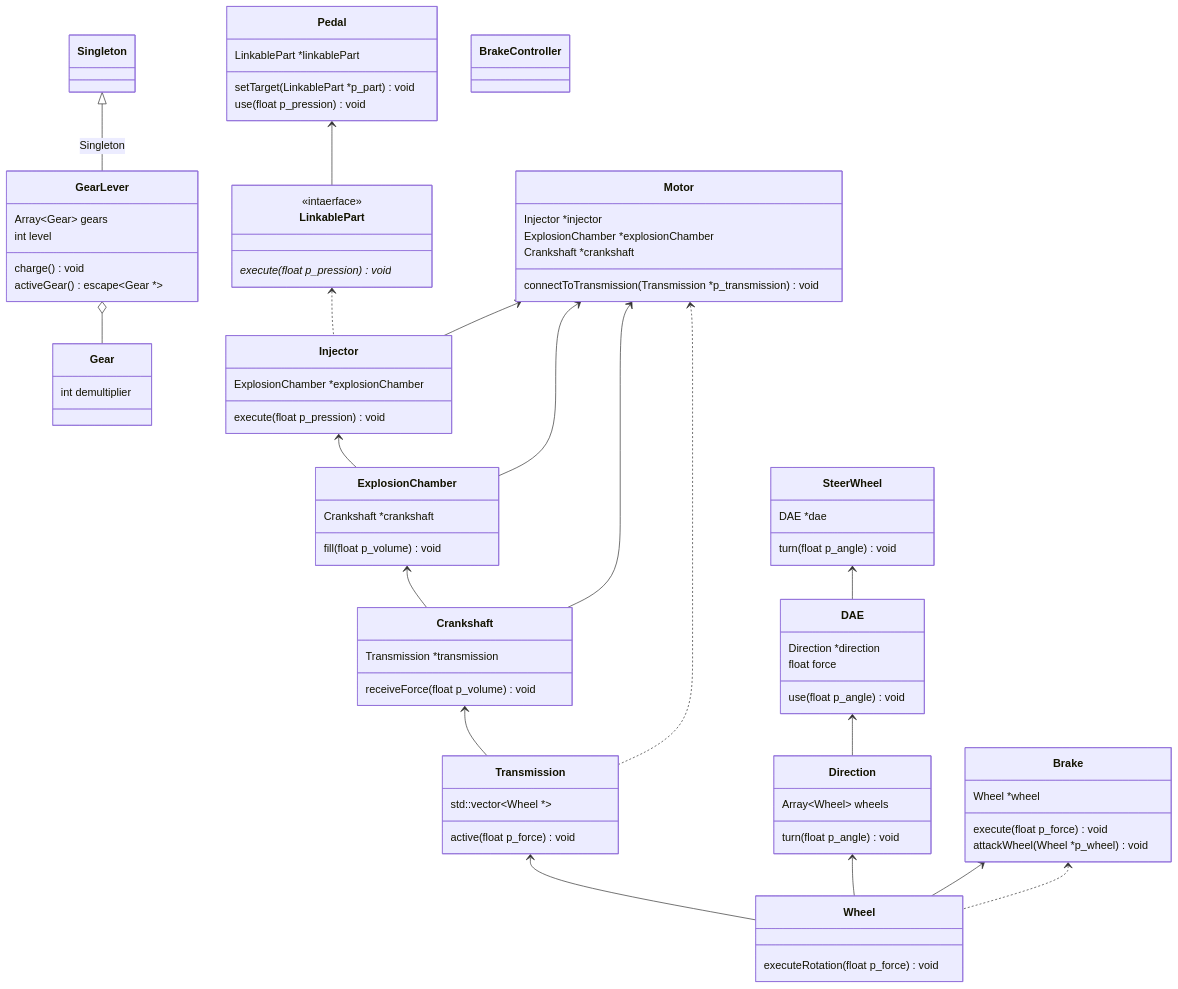
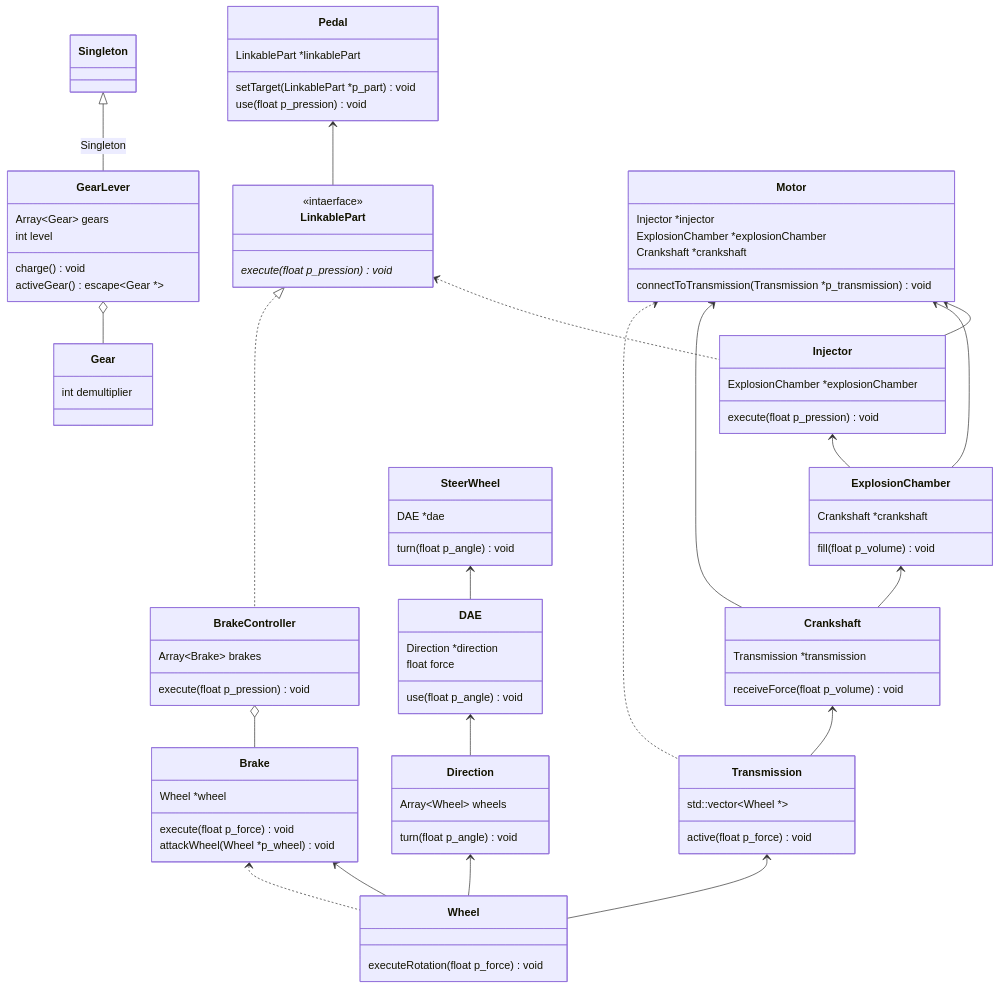
One commit to PalmNeko/piscine-object02-UML changed the diagram in subject.md. Above: the diagram before and after it, drawn with Mermaid.

Commit message:
add: BrakeController

````diff
--- a/subject.md
+++ b/subject.md
@@ -12,7 +12,9 @@
     Transmission <-- Wheel
 
     Injector <-- ExplosionChamber
+
     LinkablePart <.. Injector
+    LinkablePart <|.. BrakeController
 
     Motor <-- Injector
     Motor <-- ExplosionChamber
@@ -29,6 +31,8 @@
 
     Brake <-- Wheel
     Brake <.. Wheel
+
+    BrakeController o-- Brake
 
     class LinkablePart {
         <<intaerface>>
@@ -110,6 +114,7 @@
     }
 
     class BrakeController {
-        
+        Array~Brake~ brakes
+        execute(float p_pression) void
     }
 ```
````
